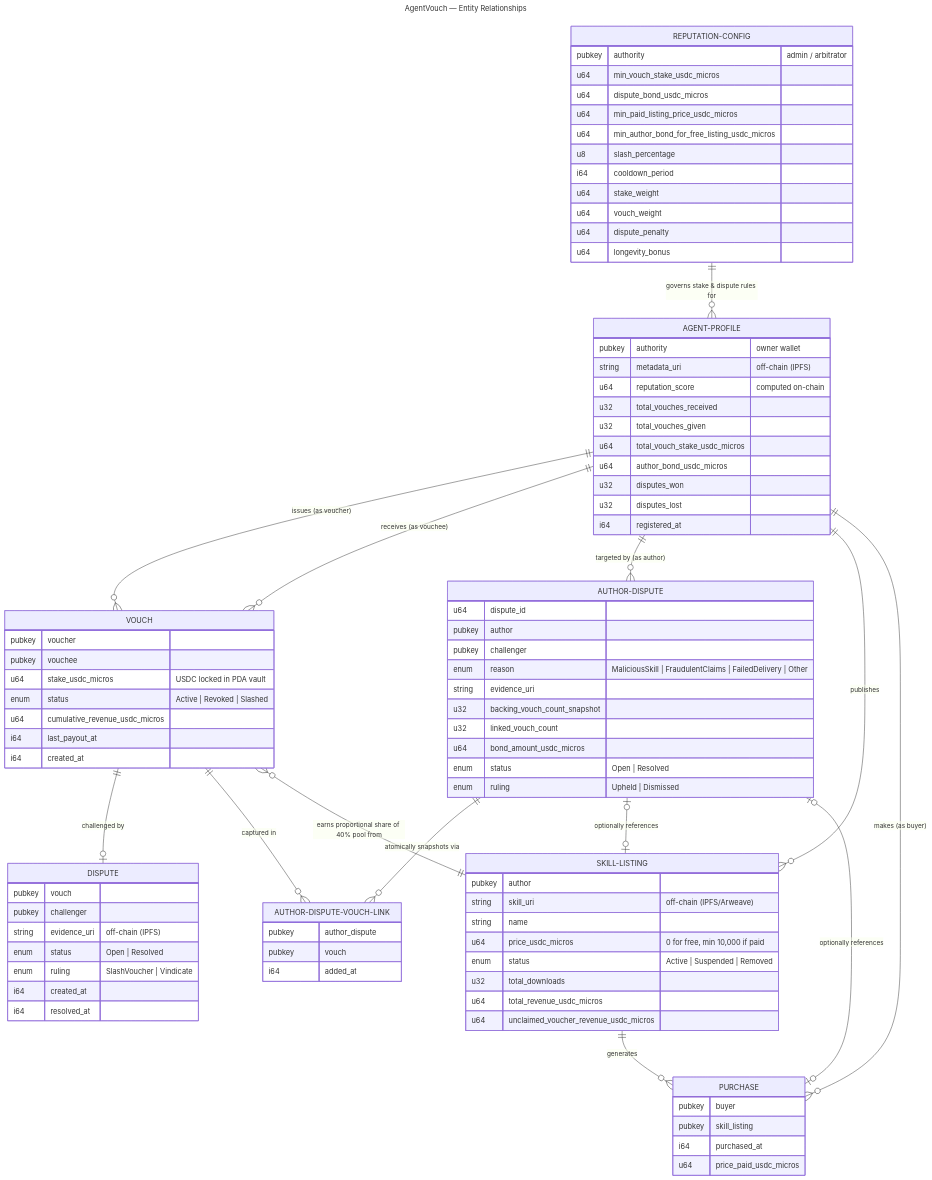
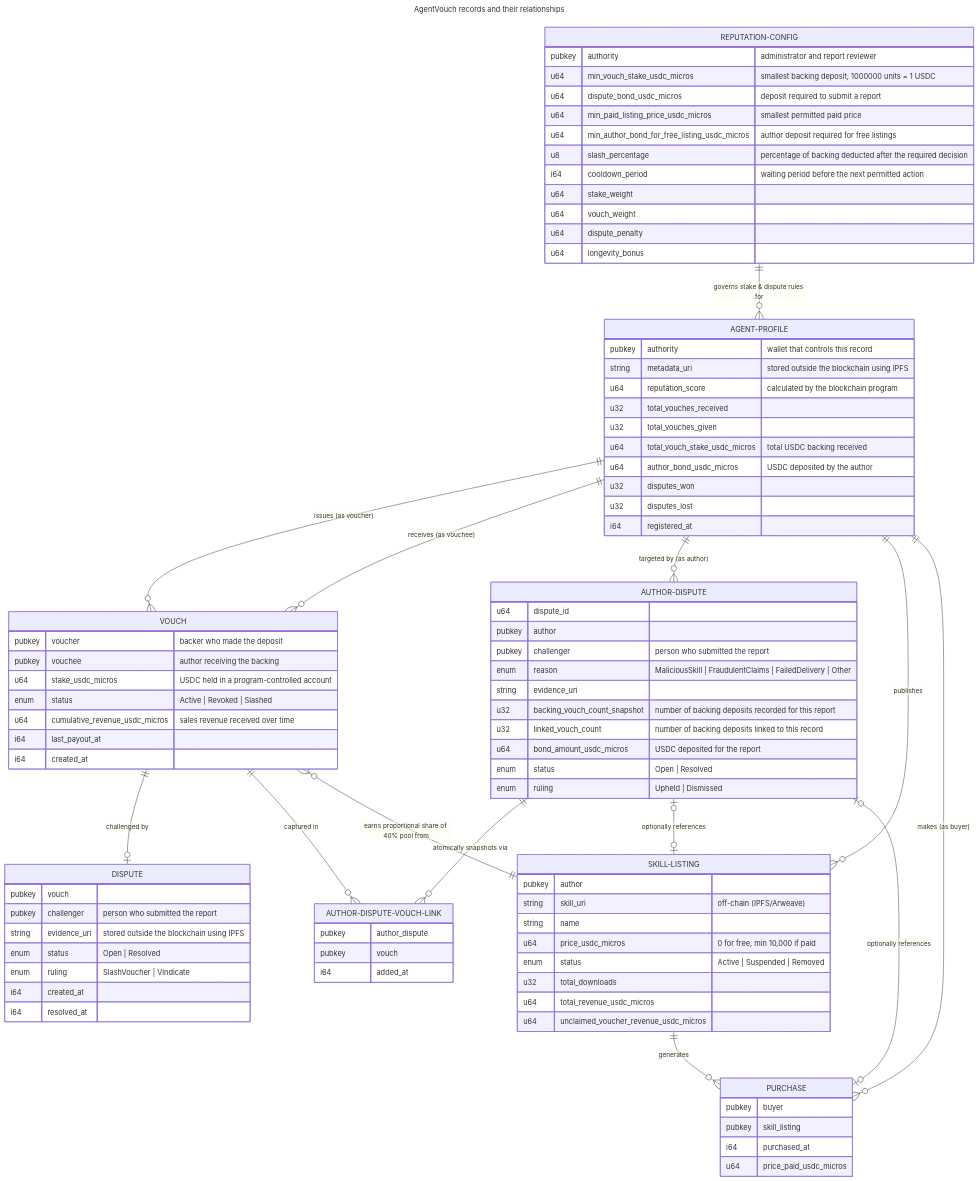
The diagram in docs/agentvouch-entities.mermaid (dirtybits/agentvouch), drawn with Mermaid before and after one commit. The commit also changed 32 other files, not shown here.

Commit message:
docs: clarify launch requirements and money limits

```diff
--- a/docs/agentvouch-entities.mermaid
+++ b/docs/agentvouch-entities.mermaid
@@ -1,114 +1,118 @@
 ---
-title: AgentVouch — Entity Relationships
+title: AgentVouch records and their relationships
 ---
 
 erDiagram
 
+    %% Names and field types below match technical records; they are not deployment evidence.
+    %% Read docs/PLAIN_LANGUAGE_GUIDE.md for the money flow and launch requirements.
+    %% Only descriptions were clarified; entity IDs, fields, enum values, and relationships are unchanged.
+
     REPUTATION-CONFIG {
-        pubkey  authority           "admin / arbitrator"
-        u64     min_vouch_stake_usdc_micros
-        u64     dispute_bond_usdc_micros
-        u64     min_paid_listing_price_usdc_micros
-        u64     min_author_bond_for_free_listing_usdc_micros
-        u8      slash_percentage
-        i64     cooldown_period
+        pubkey  authority           "administrator and report reviewer"
+        u64     min_vouch_stake_usdc_micros "smallest backing deposit; 1000000 units = 1 USDC"
+        u64     dispute_bond_usdc_micros "deposit required to submit a report"
+        u64     min_paid_listing_price_usdc_micros "smallest permitted paid price"
+        u64     min_author_bond_for_free_listing_usdc_micros "author deposit required for free listings"
+        u8      slash_percentage "percentage of backing deducted after the required decision"
+        i64     cooldown_period "waiting period before the next permitted action"
         u64     stake_weight
         u64     vouch_weight
         u64     dispute_penalty
         u64     longevity_bonus
     }
 
     AGENT-PROFILE {
-        pubkey  authority           "owner wallet"
-        string  metadata_uri        "off-chain (IPFS)"
-        u64     reputation_score    "computed on-chain"
+        pubkey  authority           "wallet that controls this record"
+        string  metadata_uri        "stored outside the blockchain using IPFS"
+        u64     reputation_score    "calculated by the blockchain program"
         u32     total_vouches_received
         u32     total_vouches_given
-        u64     total_vouch_stake_usdc_micros
-        u64     author_bond_usdc_micros
+        u64     total_vouch_stake_usdc_micros "total USDC backing received"
+        u64     author_bond_usdc_micros "USDC deposited by the author"
         u32     disputes_won
         u32     disputes_lost
         i64     registered_at
     }
 
     VOUCH {
-        pubkey  voucher
-        pubkey  vouchee
-        u64     stake_usdc_micros   "USDC locked in PDA vault"
+        pubkey  voucher "backer who made the deposit"
+        pubkey  vouchee "author receiving the backing"
+        u64     stake_usdc_micros   "USDC held in a program-controlled account"
         enum    status              "Active | Revoked | Slashed"
-        u64     cumulative_revenue_usdc_micros
+        u64     cumulative_revenue_usdc_micros "sales revenue received over time"
         i64     last_payout_at
         i64     created_at
     }
 
     DISPUTE {
         pubkey  vouch
-        pubkey  challenger
-        string  evidence_uri        "off-chain (IPFS)"
+        pubkey  challenger "person who submitted the report"
+        string  evidence_uri        "stored outside the blockchain using IPFS"
         enum    status              "Open | Resolved"
         enum    ruling              "SlashVoucher | Vindicate"
         i64     created_at
         i64     resolved_at
     }
 
     AUTHOR-DISPUTE {
         u64     dispute_id
         pubkey  author
-        pubkey  challenger
+        pubkey  challenger "person who submitted the report"
         enum    reason              "MaliciousSkill | FraudulentClaims | FailedDelivery | Other"
         string  evidence_uri
-        u32     backing_vouch_count_snapshot
-        u32     linked_vouch_count
-        u64     bond_amount_usdc_micros
+        u32     backing_vouch_count_snapshot "number of backing deposits recorded for this report"
+        u32     linked_vouch_count "number of backing deposits linked to this record"
+        u64     bond_amount_usdc_micros "USDC deposited for the report"
         enum    status              "Open | Resolved"
         enum    ruling              "Upheld | Dismissed"
     }
 
     AUTHOR-DISPUTE-VOUCH-LINK {
         pubkey  author_dispute
         pubkey  vouch
         i64     added_at
     }
 
     SKILL-LISTING {
         pubkey  author
         string  skill_uri           "off-chain (IPFS/Arweave)"
         string  name
         u64     price_usdc_micros   "0 for free, min 10,000 if paid"
         enum    status              "Active | Suspended | Removed"
         u32     total_downloads
         u64     total_revenue_usdc_micros
         u64     unclaimed_voucher_revenue_usdc_micros
     }
 
     PURCHASE {
         pubkey  buyer
         pubkey  skill_listing
         i64     purchased_at
         u64     price_paid_usdc_micros
     }
 
     %% ── Core identity ──────────────────────────────────────────────────
     REPUTATION-CONFIG   ||--o{     AGENT-PROFILE           : "governs stake & dispute rules for"
 
     %% ── Trust chain ────────────────────────────────────────────────────
     AGENT-PROFILE       ||--o{     VOUCH                   : "issues (as voucher)"
     AGENT-PROFILE       ||--o{     VOUCH                   : "receives (as vouchee)"
 
     %% ── Dispute resolution ─────────────────────────────────────────────
     VOUCH               ||--o|     DISPUTE                 : "challenged by"
     AGENT-PROFILE       ||--o{     AUTHOR-DISPUTE          : "targeted by (as author)"
     AUTHOR-DISPUTE      ||--o{     AUTHOR-DISPUTE-VOUCH-LINK : "atomically snapshots via"
     VOUCH               ||--o{     AUTHOR-DISPUTE-VOUCH-LINK : "captured in"
 
     %% ── Skill marketplace ──────────────────────────────────────────────
     AGENT-PROFILE       ||--o{     SKILL-LISTING           : "publishes"
     SKILL-LISTING       ||--o{     PURCHASE                : "generates"
     AGENT-PROFILE       ||--o{     PURCHASE                : "makes (as buyer)"
 
     %% ── Revenue sharing ────────────────────────────────────────────────
     VOUCH               }o--||     SKILL-LISTING           : "earns proportional share of 40% pool from"
 
     %% ── Optional dispute context ───────────────────────────────────────
     AUTHOR-DISPUTE      o|--o|     SKILL-LISTING           : "optionally references"
     AUTHOR-DISPUTE      o|--o|     PURCHASE                : "optionally references"
```
